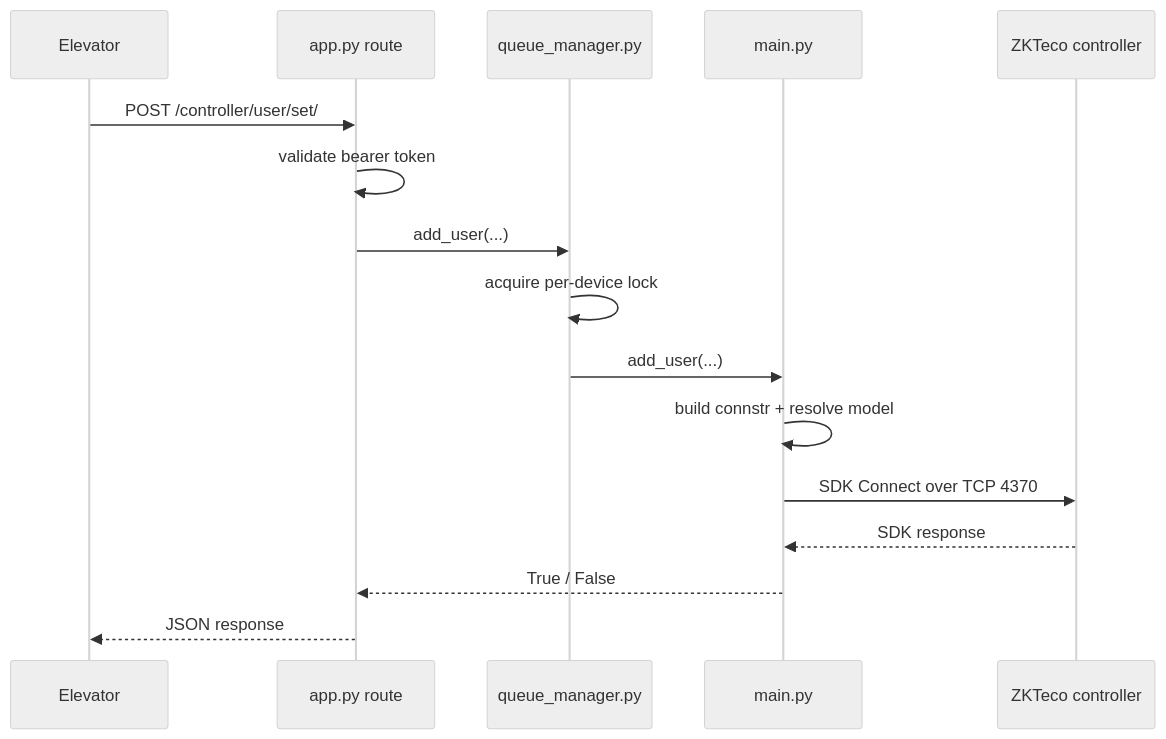
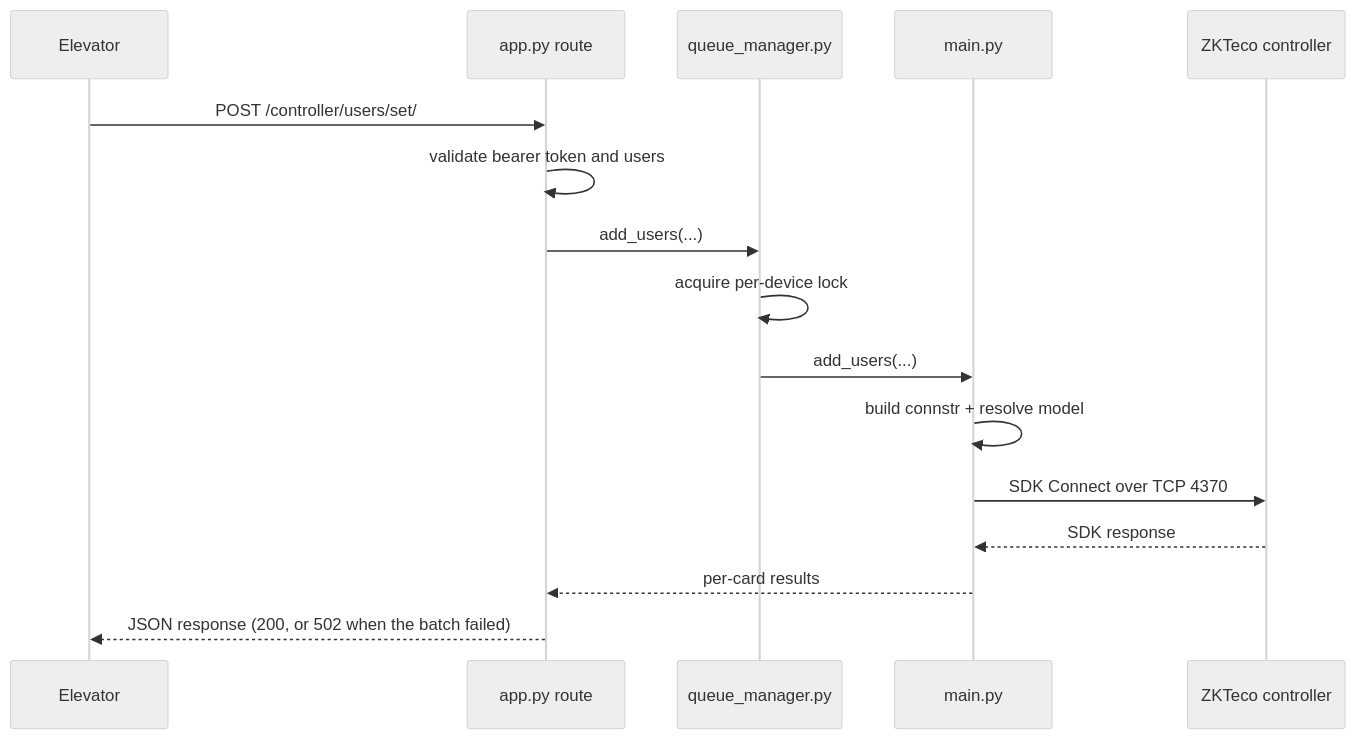
Before and after one commit to vakhtangaA/ZKT-access-flask: the second of 3 diagrams in README.md, drawn with Mermaid (neutral theme). The commit also changed other lines of this file and 6 other files, not shown here.

First line of the commit message:
Remove the single-card set and remove routes

````diff
--- a/README.md
+++ b/README.md
@@ -23,19 +23,19 @@
 ```mermaid
 sequenceDiagram
     participant L as Elevator
     participant A as app.py route
     participant Q as queue_manager.py
     participant M as main.py
     participant Z as ZKTeco controller
 
-    L->>A: POST /controller/user/set/
-    A->>A: validate bearer token
-    A->>Q: add_user(...)
+    L->>A: POST /controller/users/set/
+    A->>A: validate bearer token and users
+    A->>Q: add_users(...)
     Q->>Q: acquire per-device lock
-    Q->>M: add_user(...)
+    Q->>M: add_users(...)
     M->>M: build connstr + resolve model
     M->>Z: SDK Connect over TCP 4370
     Z-->>M: SDK response
-    M-->>A: True / False
-    A-->>L: JSON response
+    M-->>A: per-card results
+    A-->>L: JSON response (200, or 502 when the batch failed)
 ```
````
